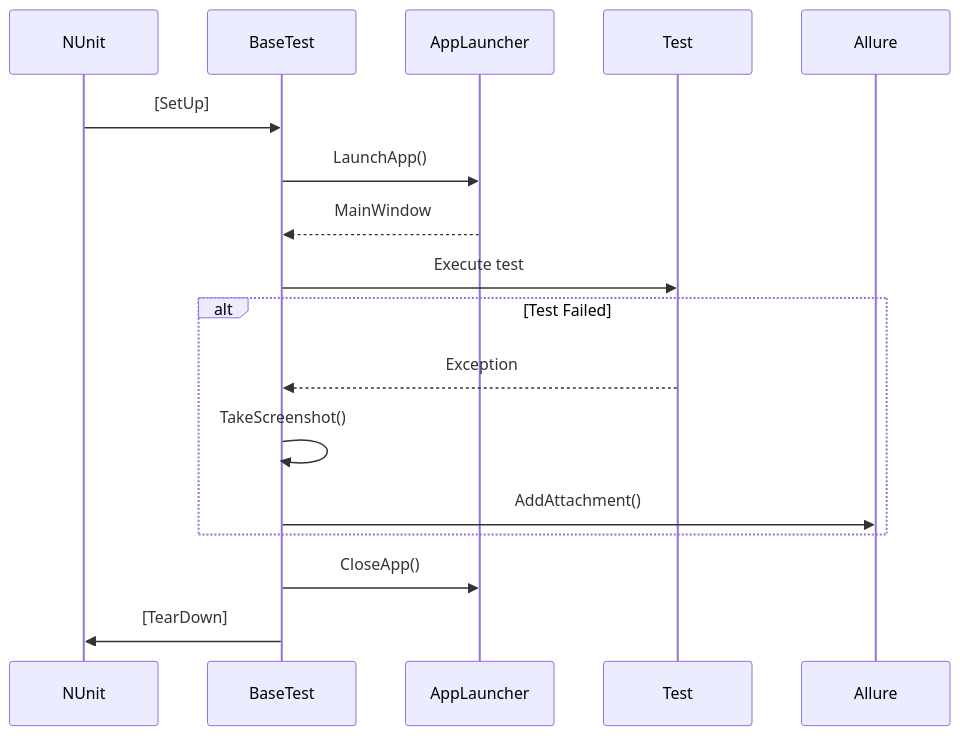
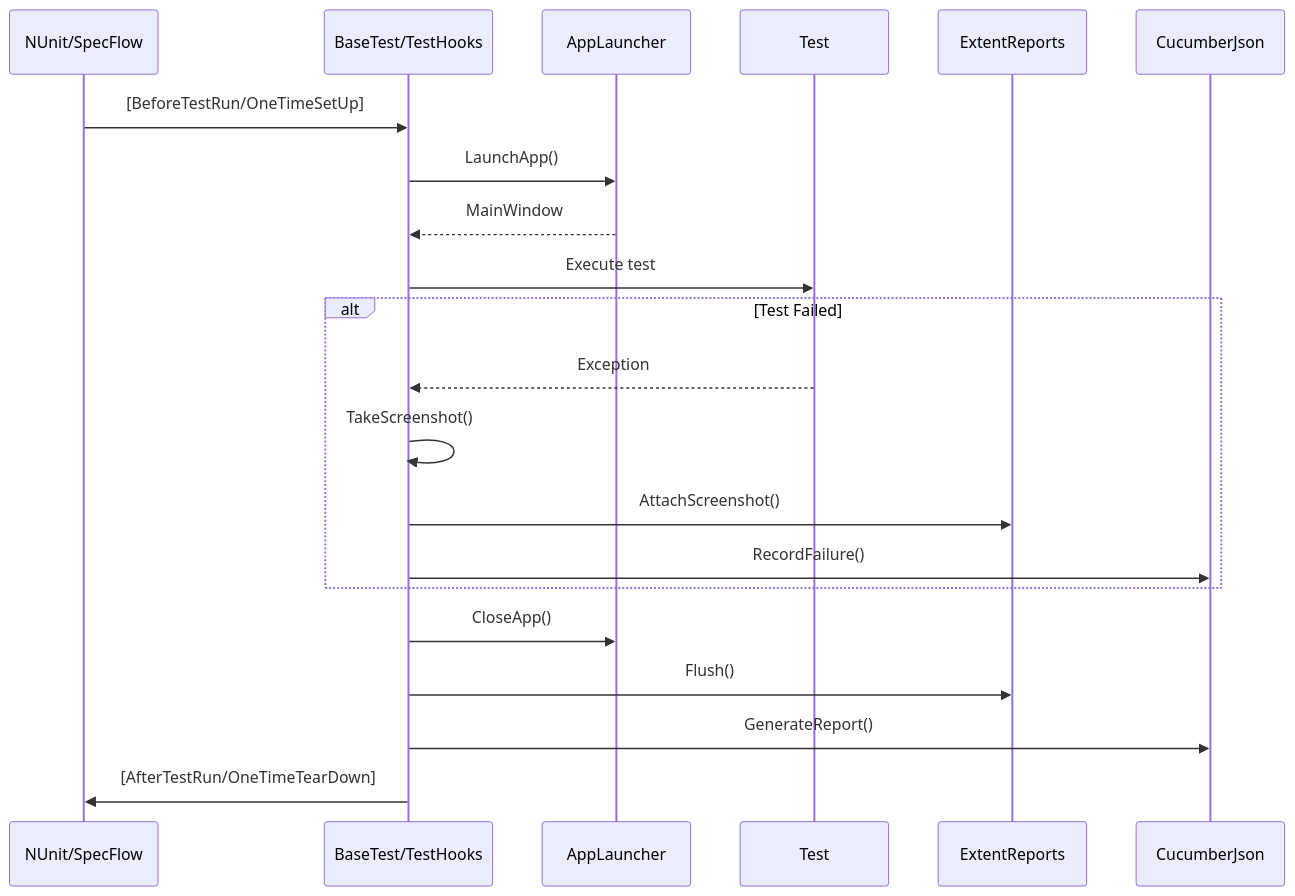
Before and after one commit to Akradeveloper/Hipos: the fourth of 6 diagrams in website/docs/architecture.md, drawn with Mermaid. The commit also changed other lines of this file and 8 other files, not shown here.

````diff
--- a/website/docs/architecture.md
+++ b/website/docs/architecture.md
@@ -180,20 +205,24 @@
 ```mermaid
 sequenceDiagram
-    participant NUnit
-    participant BaseTest
+    participant NUnit/SpecFlow
+    participant BaseTest/TestHooks
     participant AppLauncher
     participant Test
-    participant Allure
+    participant ExtentReports
+    participant CucumberJson
     
-    NUnit->>BaseTest: [SetUp]
-    BaseTest->>AppLauncher: LaunchApp()
-    AppLauncher-->>BaseTest: MainWindow
-    BaseTest->>Test: Execute test
+    NUnit/SpecFlow->>BaseTest/TestHooks: [BeforeTestRun/OneTimeSetUp]
+    BaseTest/TestHooks->>AppLauncher: LaunchApp()
+    AppLauncher-->>BaseTest/TestHooks: MainWindow
+    BaseTest/TestHooks->>Test: Execute test
     alt Test Failed
-        Test-->>BaseTest: Exception
-        BaseTest->>BaseTest: TakeScreenshot()
-        BaseTest->>Allure: AddAttachment()
+        Test-->>BaseTest/TestHooks: Exception
+        BaseTest/TestHooks->>BaseTest/TestHooks: TakeScreenshot()
+        BaseTest/TestHooks->>ExtentReports: AttachScreenshot()
+        BaseTest/TestHooks->>CucumberJson: RecordFailure()
     end
-    BaseTest->>AppLauncher: CloseApp()
-    BaseTest->>NUnit: [TearDown]
+    BaseTest/TestHooks->>AppLauncher: CloseApp()
+    BaseTest/TestHooks->>ExtentReports: Flush()
+    BaseTest/TestHooks->>CucumberJson: GenerateReport()
+    BaseTest/TestHooks->>NUnit/SpecFlow: [AfterTestRun/OneTimeTearDown]
 ```
````
